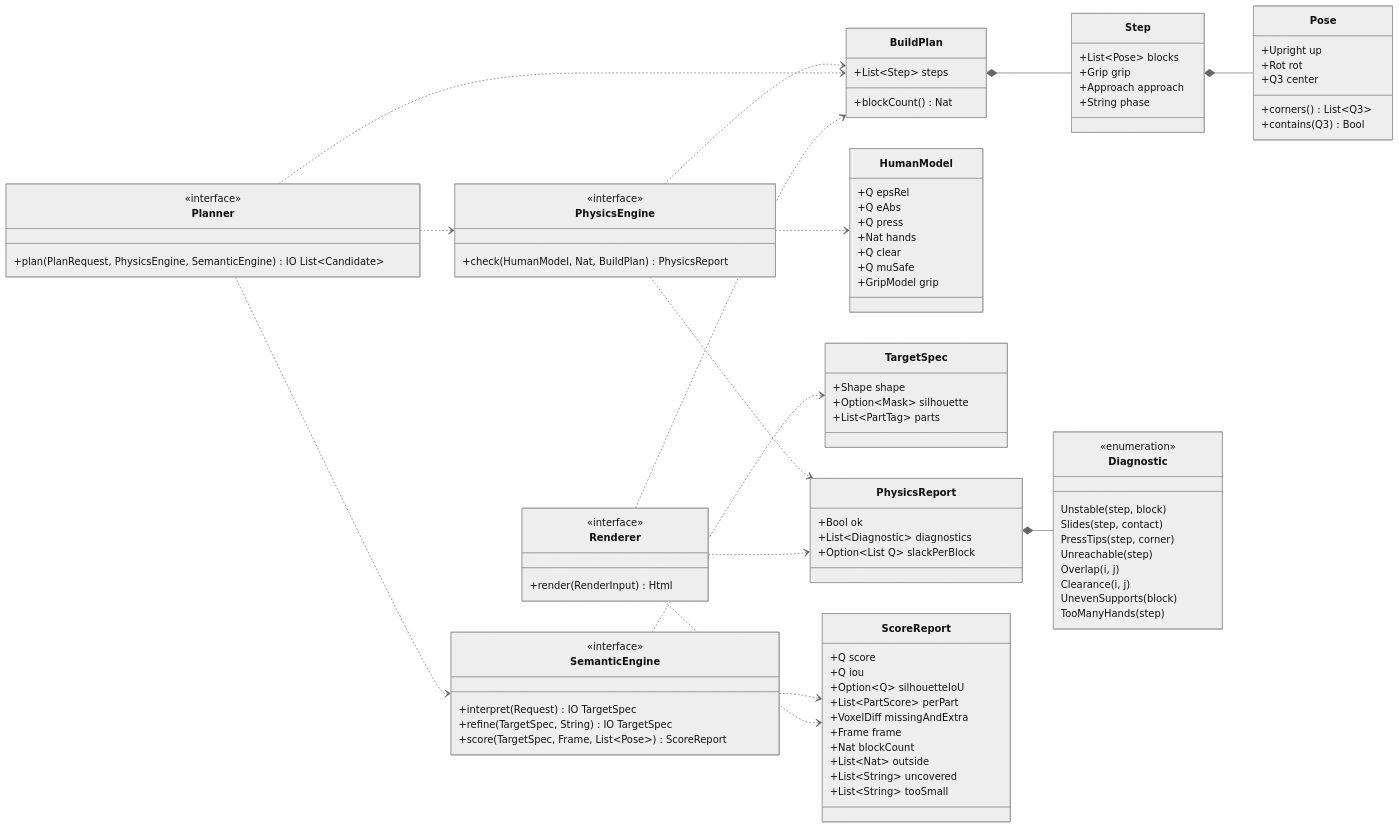
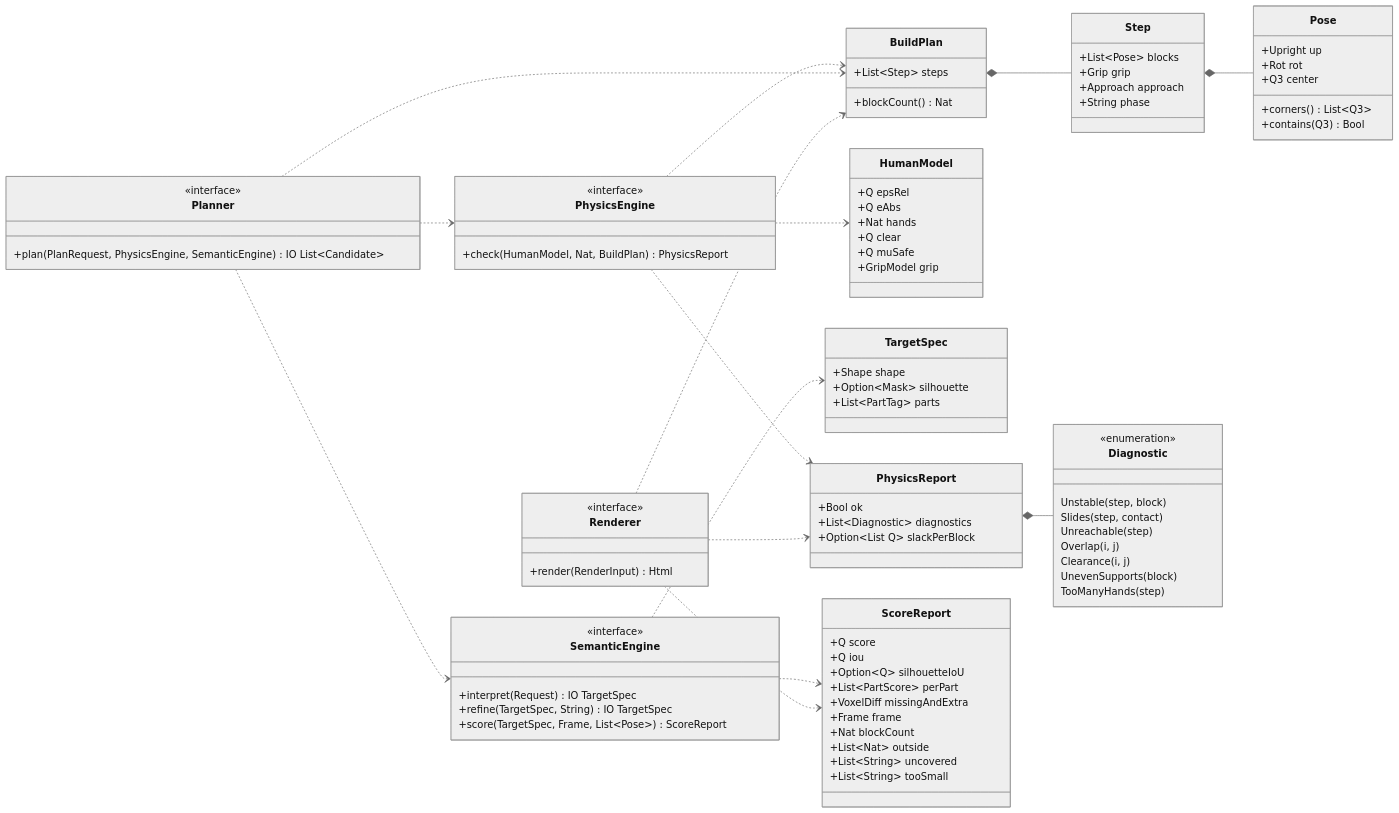
Before and after one commit to johspaeth/KaplaBuilder: the third of 7 diagrams in docs/WORKSPLIT.md, drawn with Mermaid (neutral theme). The commit also changed other lines of this file and 9 other files, not shown here.

```diff
--- a/docs/WORKSPLIT.md
+++ b/docs/WORKSPLIT.md
@@ -138,7 +138,6 @@
   class HumanModel {
     +Q epsRel
     +Q eAbs
-    +Q press
     +Nat hands
     +Q clear
     +Q muSafe
@@ -158,7 +157,6 @@
     <<enumeration>>
     Unstable(step, block)
     Slides(step, contact)
-    PressTips(step, corner)
     Unreachable(step)
     Overlap(i, j)
     Clearance(i, j)
```
